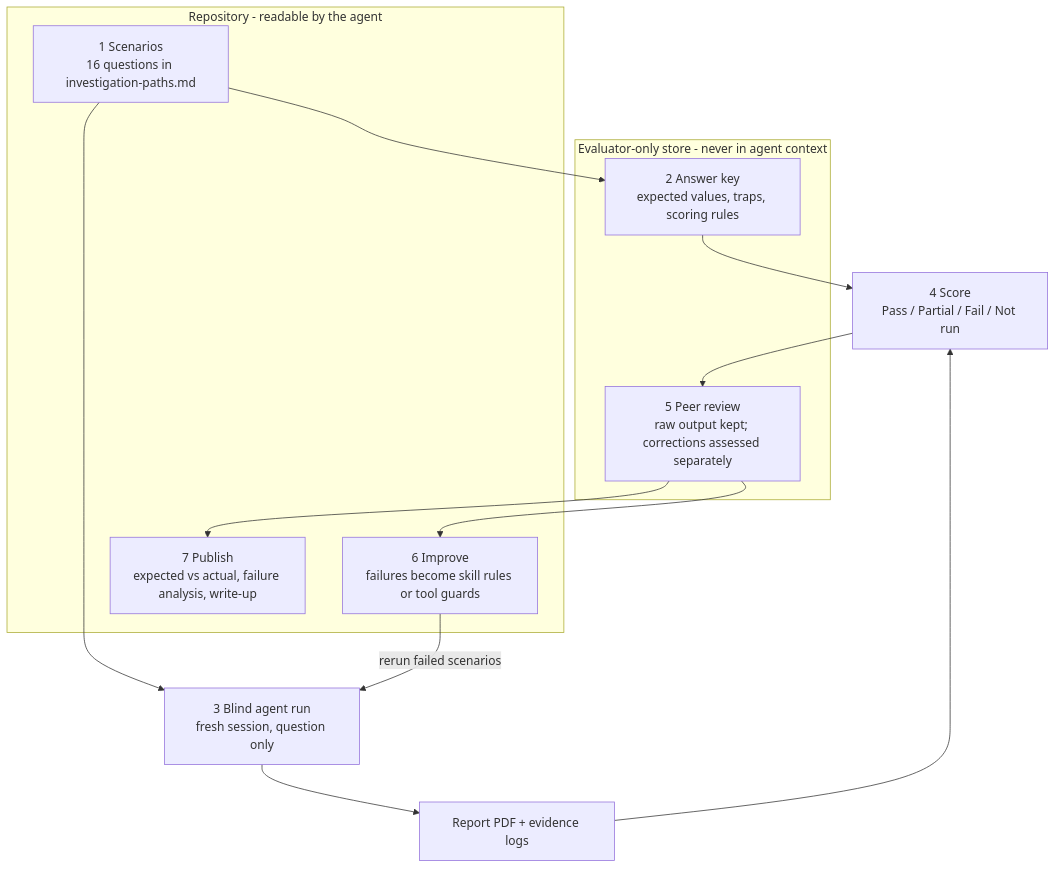
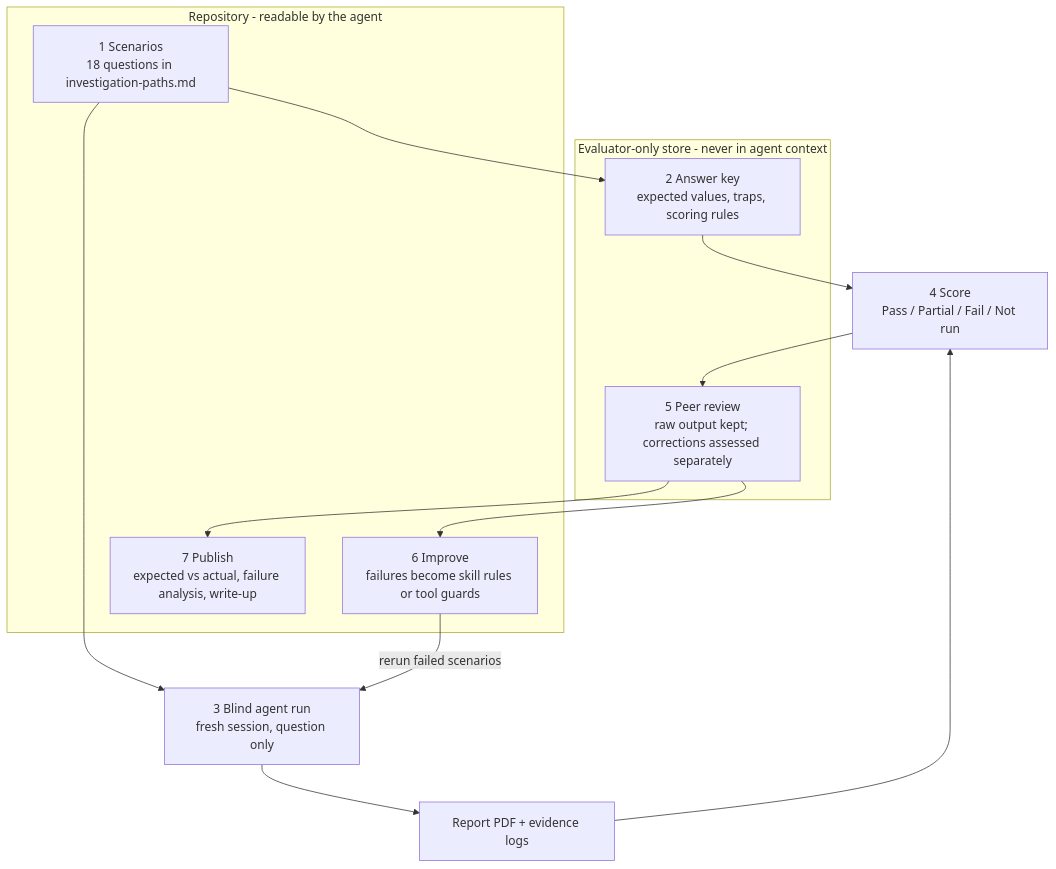
One commit to SoumabrataSarkar/product-analytics-agent changed the diagram in docs/evaluations/evaluation-process.md. Above: the diagram before and after it, drawn with Mermaid. The commit also changed other lines of this file and 3 other files, not shown here.

````diff
--- a/docs/evaluations/evaluation-process.md
+++ b/docs/evaluations/evaluation-process.md
@@ -10,22 +10,22 @@
 ```mermaid
 flowchart TD
-  S[1 Scenarios<br/>16 questions in investigation-paths.md] --> K[2 Answer key<br/>expected values, traps, scoring rules]
+  S[1 Scenarios<br/>18 questions in investigation-paths.md] --> K[2 Answer key<br/>expected values, traps, scoring rules]
   S --> R[3 Blind agent run<br/>fresh session, question only]
   R --> O[Report PDF + evidence logs]
   K --> SC[4 Score<br/>Pass / Partial / Fail / Not run]
   O --> SC
   SC --> PR[5 Peer review<br/>raw output kept; corrections assessed separately]
   PR --> I[6 Improve<br/>failures become skill rules or tool guards]
   I -->|rerun failed scenarios| R
   PR --> P[7 Publish<br/>expected vs actual, failure analysis, write-up]
 
   subgraph Repository - readable by the agent
     S
     I
     P
   end
   subgraph Evaluator-only store - never in agent context
     K
     PR
   end
 ```
````
